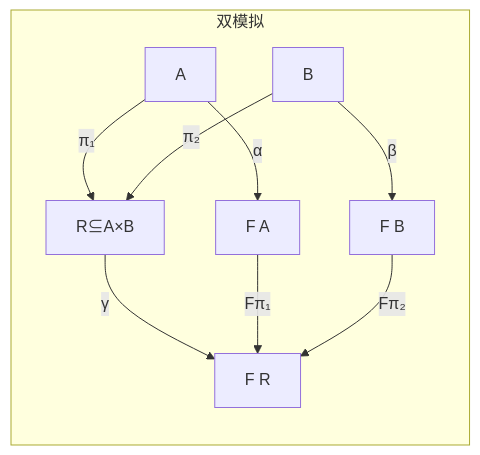
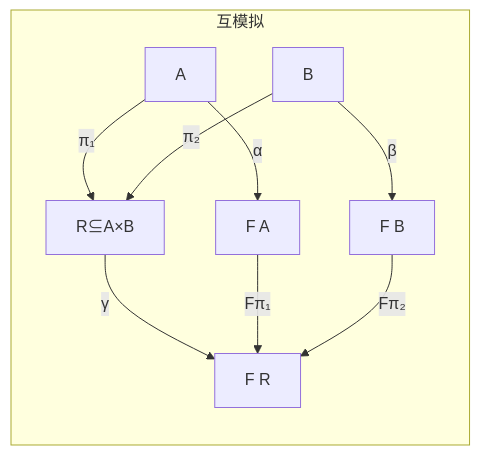
One commit to AdaMartin18010/AnalysisDataFlow changed the third of 3 diagrams in formal-methods/01-foundations/02-category-theory.md. Above: the diagram before and after it, drawn with Mermaid. The commit also changed other lines of this file and 129 other files, not shown here.

````diff
--- a/formal-methods/01-foundations/02-category-theory.md
+++ b/formal-methods/01-foundations/02-category-theory.md
@@ -205,13 +205,13 @@
 ```mermaid
 graph BT
-    subgraph 双模拟
+    subgraph 互模拟
     A[A] -->|π₁| R[R⊆A×B]
     B[B] -->|π₂| R
     R -->|γ| FR[F R]
 
     A -->|α| FA[F A]
     B -->|β| FB[F B]
     FA -->|Fπ₁| FR
     FB -->|Fπ₂| FR
     end
 ```
````
